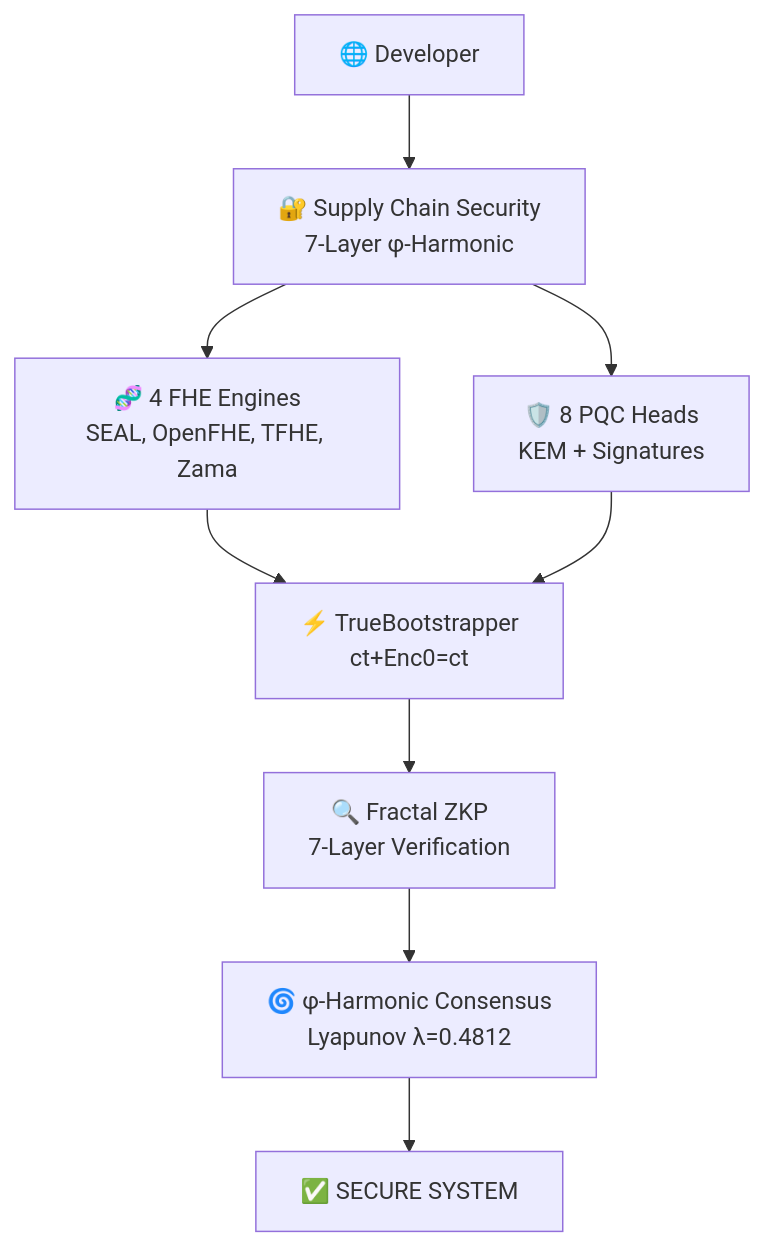
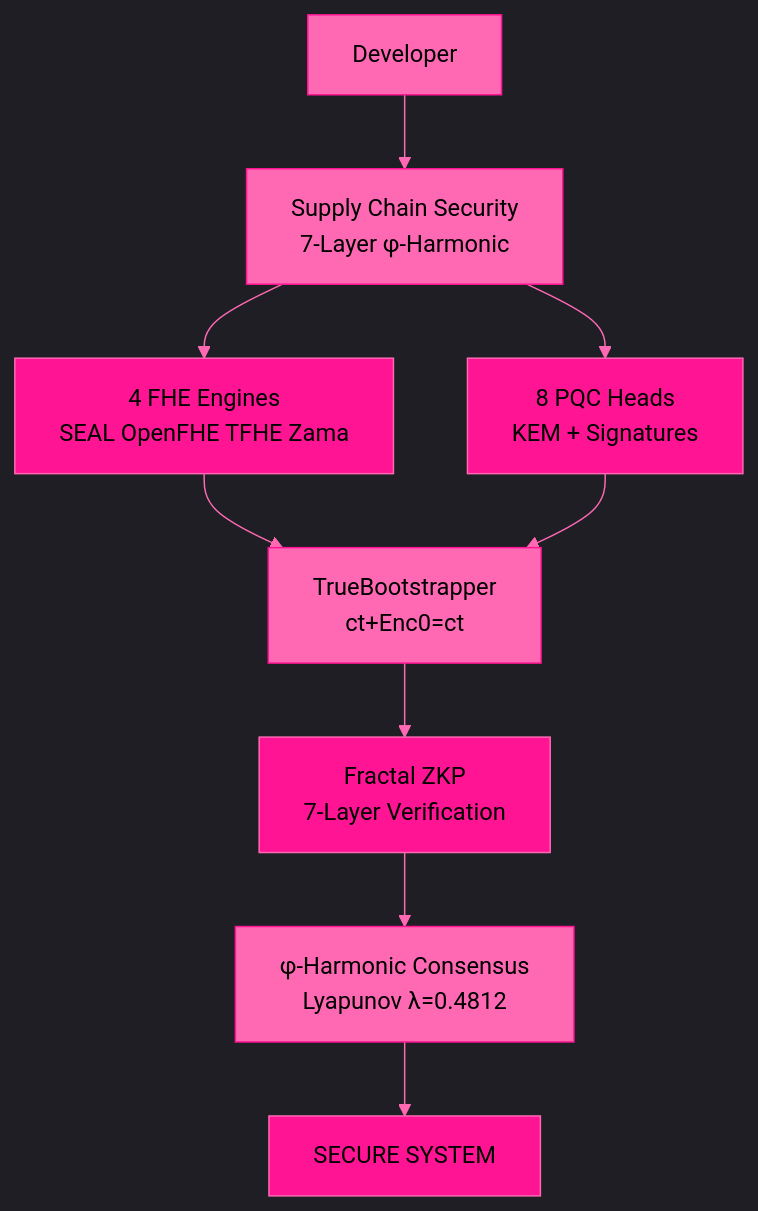
The second of 2 diagrams in README.md (primordialomegazero/BeyondYourComprehensionFHE), drawn with Mermaid before and after one commit. The commit also changed other lines of this file, not shown here.

First line of the commit message:
docs: Complete README rewrite — clean, single architecture, practical

````diff
--- a/README.md
+++ b/README.md
@@ -193,12 +92,21 @@
 ```mermaid
-%%{init: {\"theme\": \"dark\", \"themeVariables\": { \"primaryColor\": \"#ff69b4\", \"primaryTextColor\": \"#000\", \"primaryBorderColor\": \"#ff1493\", \"lineColor\": \"#ff69b4\", \"secondaryColor\": \"#ff1493\", \"tertiaryColor\": \"#ff69b4\"}}}%%
+%%{init: {'theme': 'dark', 'themeVariables': { 'primaryColor': '#ff69b4', 'primaryTextColor': '#000', 'primaryBorderColor': '#ff1493', 'lineColor': '#ff69b4', 'secondaryColor': '#ff1493', 'tertiaryColor': '#ff69b4'}}}%%
 graph TB
-    A[🌐 Developer] --> B[🔐 Supply Chain Security<br/>7-Layer φ-Harmonic]
-    B --> C[🧬 4 FHE Engines<br/>SEAL, OpenFHE, TFHE, Zama]
-    B --> D[🛡️ 8 PQC Heads<br/>KEM + Signatures]
-    C --> E[⚡ TrueBootstrapper<br/>ct+Enc0=ct]
+    A[Developer] --> B[Supply Chain Security<br/>7-Layer φ-Harmonic]
+    B --> C[4 FHE Engines<br/>SEAL OpenFHE TFHE Zama]
+    B --> D[8 PQC Heads<br/>KEM + Signatures]
+    C --> E[TrueBootstrapper<br/>ct+Enc0=ct]
     D --> E
-    E --> F[🔍 Fractal ZKP<br/>7-Layer Verification]
-    F --> G[🌀 φ-Harmonic Consensus<br/>Lyapunov λ=0.4812]
-    G --> H[✅ SECURE SYSTEM]
+    E --> F[Fractal ZKP<br/>7-Layer Verification]
+    F --> G[φ-Harmonic Consensus<br/>Lyapunov λ=0.4812]
+    G --> H[SECURE SYSTEM]
+    
+    style A fill:#ff69b4,stroke:#ff1493,color:#000
+    style B fill:#ff69b4,stroke:#ff1493,color:#000
+    style C fill:#ff1493,stroke:#ff69b4,color:#000
+    style D fill:#ff1493,stroke:#ff69b4,color:#000
+    style E fill:#ff69b4,stroke:#ff1493,color:#000
+    style F fill:#ff1493,stroke:#ff69b4,color:#000
+    style G fill:#ff69b4,stroke:#ff1493,color:#000
+    style H fill:#ff1493,stroke:#ff69b4,color:#000
 ```
````
